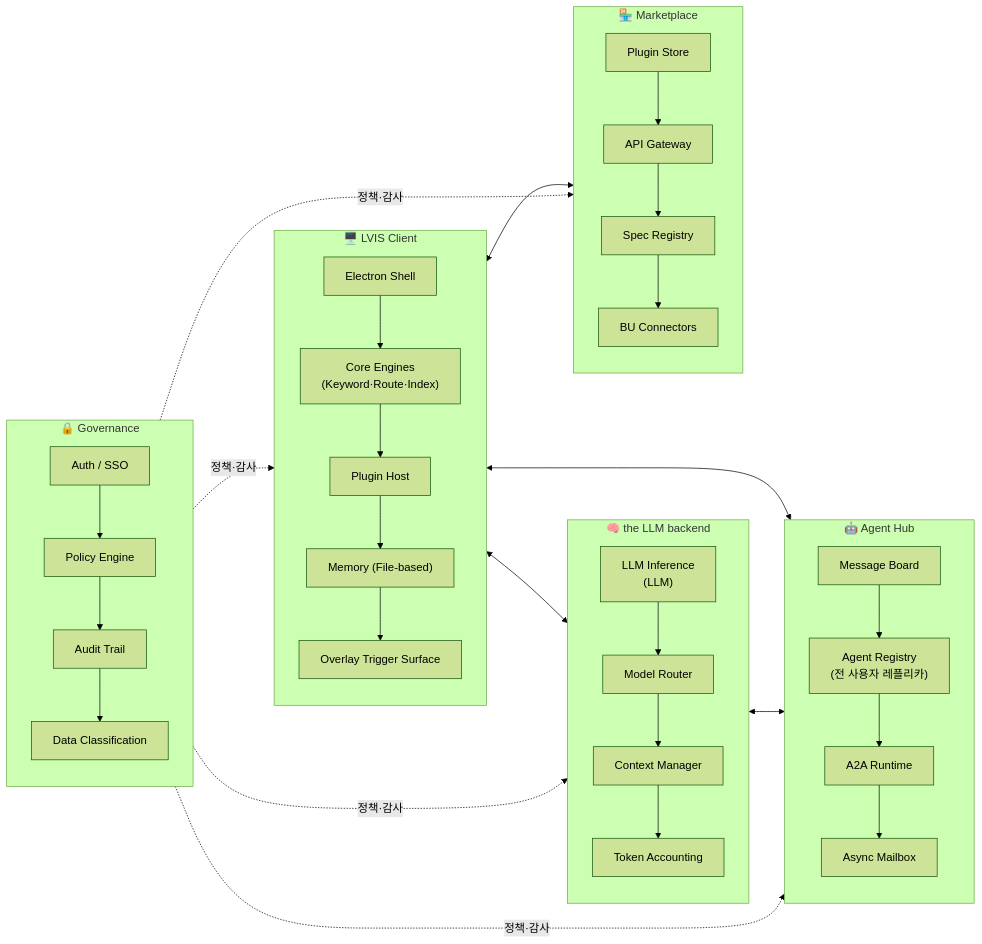
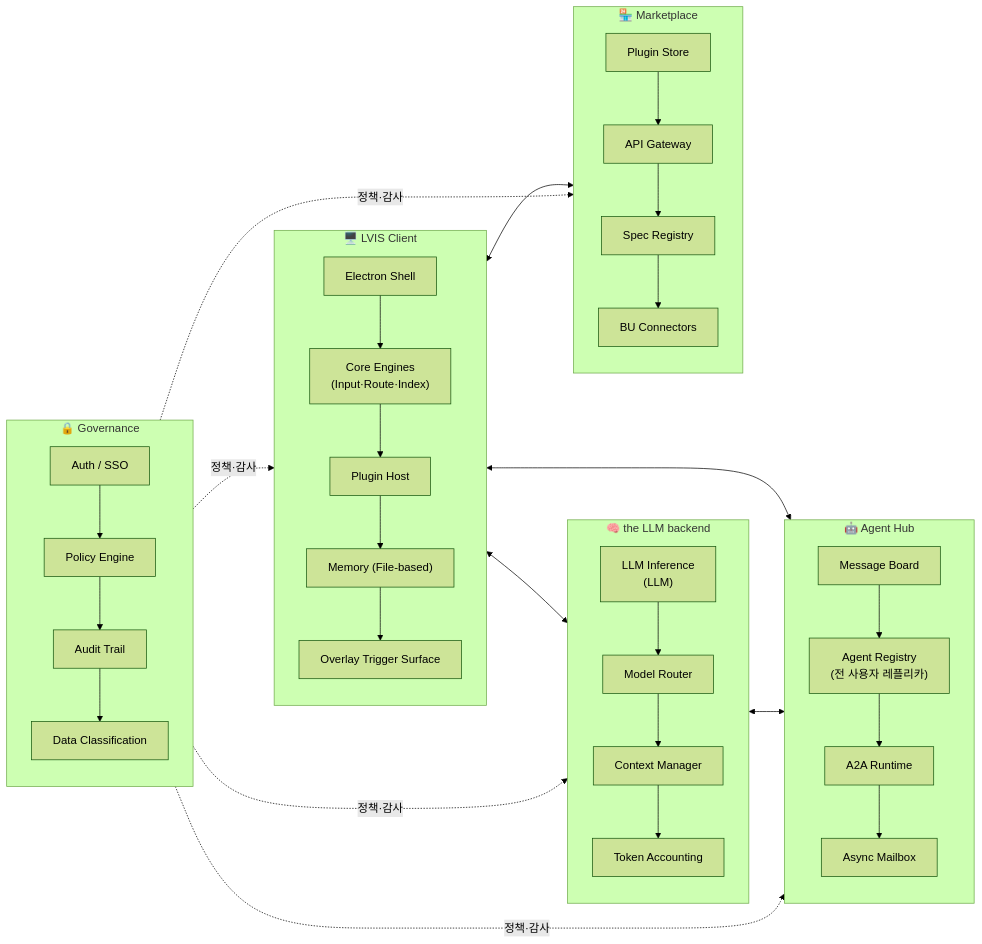
Before and after one commit to lvis-project/lvis-app: the third of 44 diagrams in docs/ko/architecture/architecture.md, drawn with Mermaid (forest theme). The commit also changed other lines of this file and 10 other files, not shown here.

````diff
--- a/docs/ko/architecture/architecture.md
+++ b/docs/ko/architecture/architecture.md
@@ -166,57 +166,57 @@
 ```mermaid
 graph LR
     subgraph P1["🖥️ LVIS Client"]
         direction TB
         P1A["Electron Shell"]
-        P1B["Core Engines<br/>(Keyword·Route·Index)"]
+        P1B["Core Engines<br/>(Input·Route·Index)"]
         P1C["Plugin Host"]
         P1D["Memory (File-based)"]
         P1E["Overlay Trigger Surface"]
         P1A --> P1B --> P1C --> P1D --> P1E
     end
 
     subgraph P2["🧠 the LLM backend"]
         direction TB
         P2A["LLM Inference<br/>(LLM)"]
         P2B["Model Router"]
         P2C["Context Manager"]
         P2D["Token Accounting"]
         P2A --> P2B --> P2C --> P2D
     end
 
     subgraph P3["🤖 Agent Hub"]
         direction TB
         P3A["Message Board"]
         P3B["Agent Registry<br/>(전 사용자 레플리카)"]
         P3C["A2A Runtime"]
         P3D["Async Mailbox"]
         P3A --> P3B --> P3C --> P3D
     end
 
     subgraph P4["🏪 Marketplace"]
         direction TB
         P4A["Plugin Store"]
         P4B["API Gateway"]
         P4C["Spec Registry"]
         P4D["BU Connectors"]
         P4A --> P4B --> P4C --> P4D
     end
 
     subgraph P5["🔒 Governance"]
         direction TB
         P5A["Auth / SSO"]
         P5B["Policy Engine"]
         P5C["Audit Trail"]
         P5D["Data Classification"]
         P5A --> P5B --> P5C --> P5D
     end
 
     P1 <--> P2
     P1 <--> P3
     P1 <--> P4
     P2 <--> P3
     P5 -.->|"정책·감사"| P1
     P5 -.->|"정책·감사"| P2
     P5 -.->|"정책·감사"| P3
     P5 -.->|"정책·감사"| P4
 ```
````
